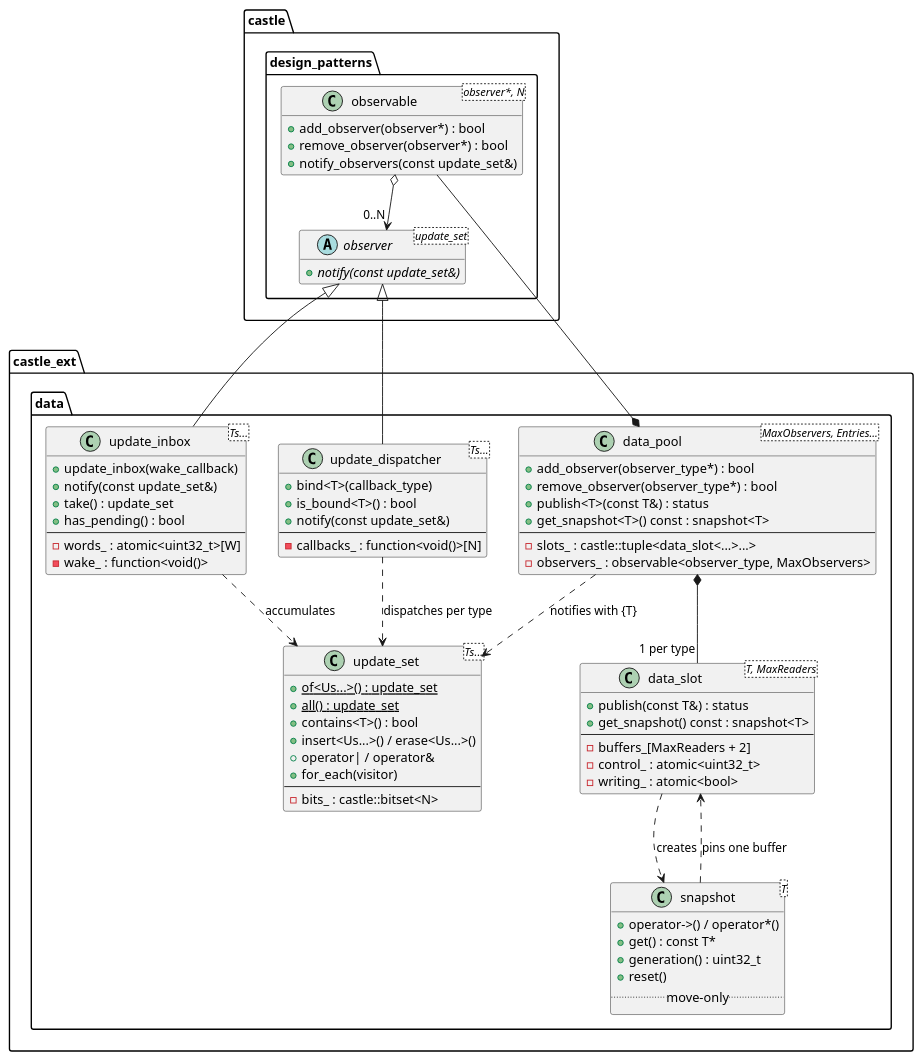
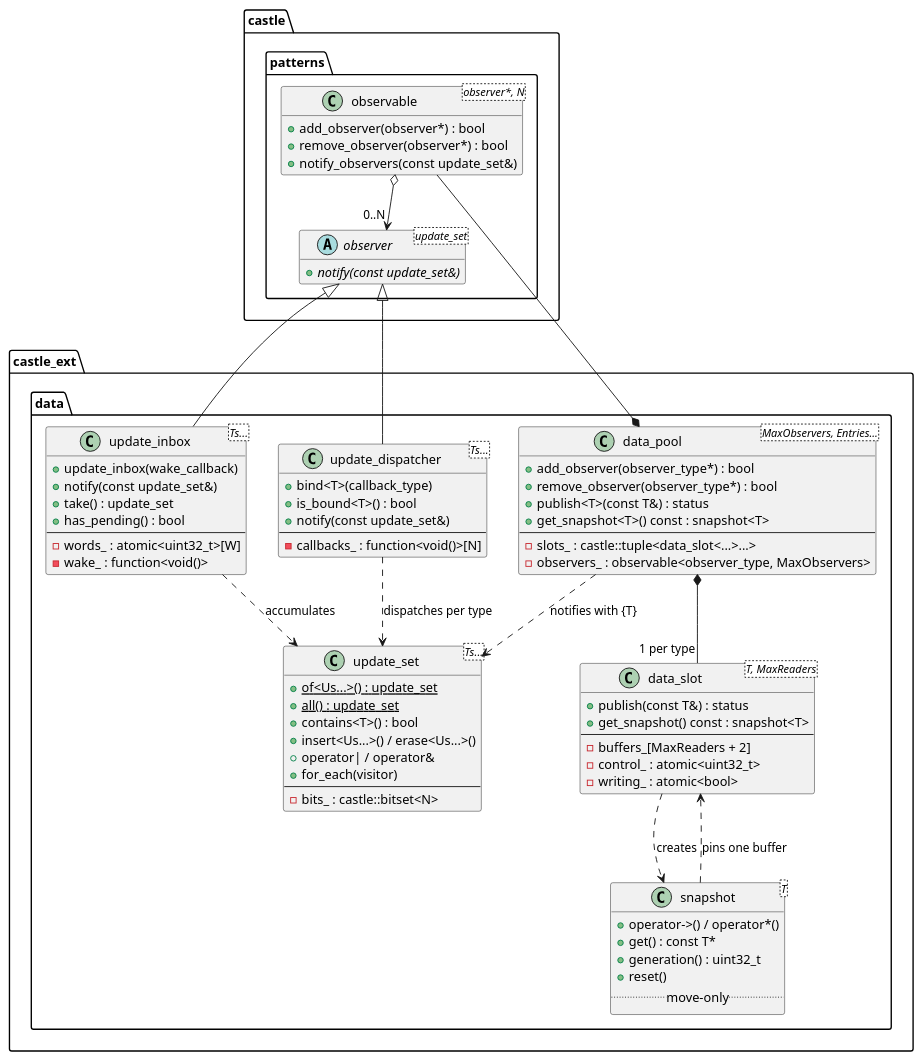
Before and after one commit to nguyenchiemminhvu/castle: the fourth of 9 diagrams in docs/castle_ext/data/README.md, drawn with PlantUML. The commit also changed other lines of this file and 48 other files, not shown here.

Commit message:
castle 2.0 CoR and action sequence progrmaming patterns

```diff
--- a/docs/castle_ext/data/README.md
+++ b/docs/castle_ext/data/README.md
@@ -276,7 +276,7 @@
 skinparam shadowing false
 hide empty members
 
-namespace castle.design_patterns {
+namespace castle.patterns {
   abstract class "observer<update_set>" as Observer {
     + {abstract} notify(const update_set&)
   }
```
